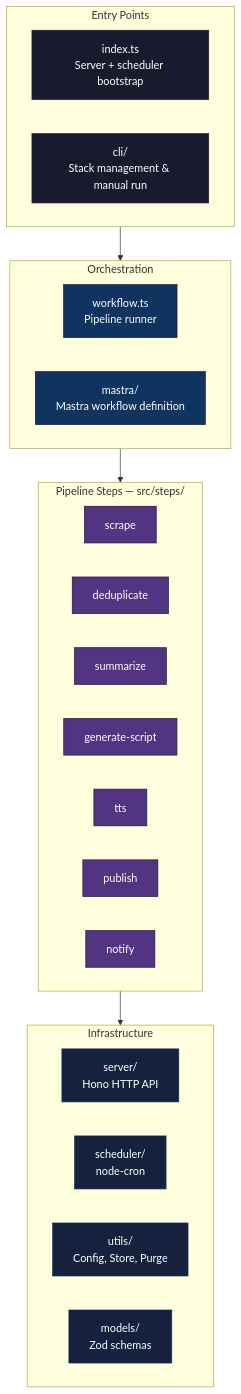
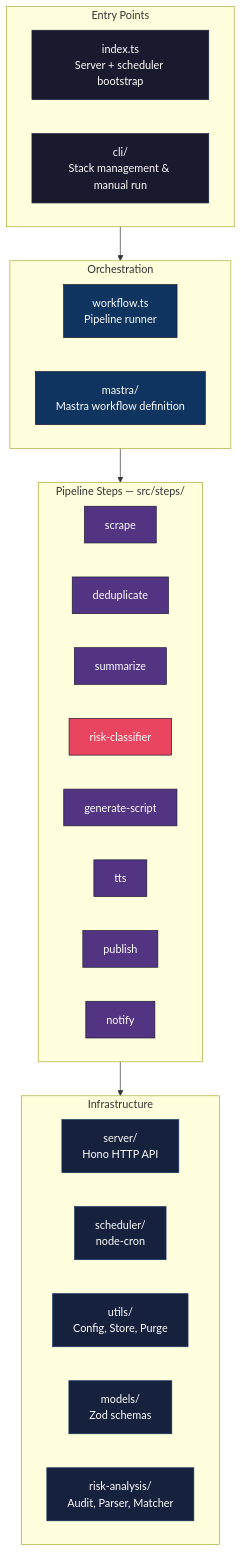
Before and after one commit to Krishnav1237/devbrief: the fifth of 5 diagrams in README.md, drawn with Mermaid. The commit also changed other lines of this file and 22 other files, not shown here.

Commit message:
feat: implement risk assessment engine with changelog analysis and dependency vulnerability detection

````diff
--- a/README.md
+++ b/README.md
@@ -343,42 +580,45 @@
 ```mermaid
 flowchart TD
     subgraph ENTRY["Entry Points"]
         direction LR
         IDX["index.ts\nServer + scheduler bootstrap"]:::entry
         CLII["cli/\nStack management & manual run"]:::entry
     end
 
     subgraph ENGINE["Orchestration"]
         direction LR
         WF["workflow.ts\nPipeline runner"]:::orchestration
         MASTRA["mastra/\nMastra workflow definition"]:::orchestration
     end
 
     subgraph STEPS["Pipeline Steps — src/steps/"]
         direction LR
         ST1["scrape"]:::step
         ST2["deduplicate"]:::step
         ST3["summarize"]:::step
+        ST8["risk-classifier"]:::classifier
         ST4["generate-script"]:::step
         ST5["tts"]:::step
         ST6["publish"]:::step
         ST7["notify"]:::step
     end
 
     subgraph INFRA["Infrastructure"]
         direction LR
         SRV["server/\nHono HTTP API"]:::infra
         SCHED["scheduler/\nnode-cron"]:::infra
         UTIL["utils/\nConfig, Store, Purge"]:::infra
         MOD["models/\nZod schemas"]:::infra
+        RCA["risk-analysis/\nAudit, Parser, Matcher"]:::infra
     end
 
     ENTRY --> ENGINE
     ENGINE --> STEPS
     STEPS --> INFRA
 
     classDef entry fill:#1a1a2e,color:#ffffff,stroke:#16213e
     classDef orchestration fill:#0f3460,color:#ffffff,stroke:#1a1a2e
     classDef step fill:#533483,color:#ffffff,stroke:#1a1a2e
+    classDef classifier fill:#e94560,color:#ffffff,stroke:#1a1a2e
     classDef infra fill:#16213e,color:#ffffff,stroke:#0f3460
 ```
````
